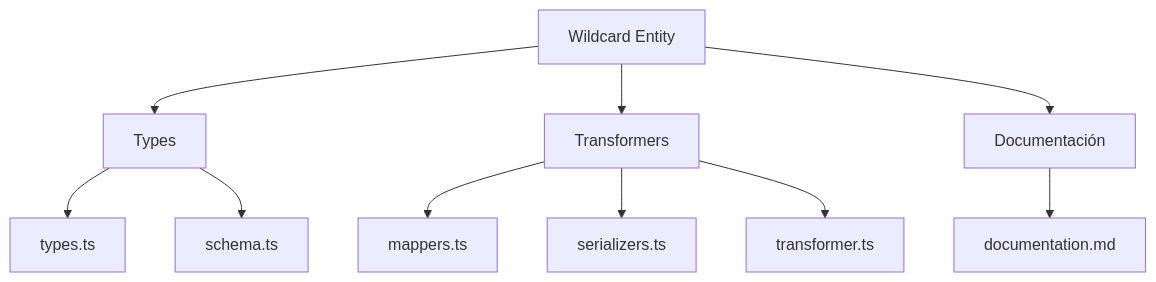
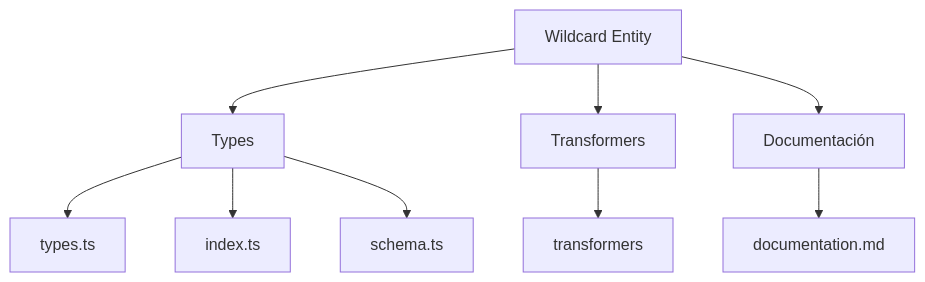
One commit to gvastethecreator/media-manager changed the first of 2 diagrams in src/types/entities/wildcard/documentation.md. Above: the diagram before and after it, drawn with Mermaid. The commit also changed other lines of this file and 207 other files, not shown here.

````diff
--- a/src/types/entities/wildcard/documentation.md
+++ b/src/types/entities/wildcard/documentation.md
@@ -11,12 +9,11 @@
 ```mermaid
 graph TD
     A[Wildcard Entity] --> B[Types]
     A --> C[Transformers]
     A --> D[Documentación]
     B --> B1[types.ts]
-    B --> B2[schema.ts]
-    C --> C1[mappers.ts]
-    C --> C2[serializers.ts]
-    C --> C3[transformer.ts]
+    B --> B2[index.ts]
+    B --> B3[schema.ts]
+    C --> C1[transformers]
     D --> D1[documentation.md]
 ```
````
